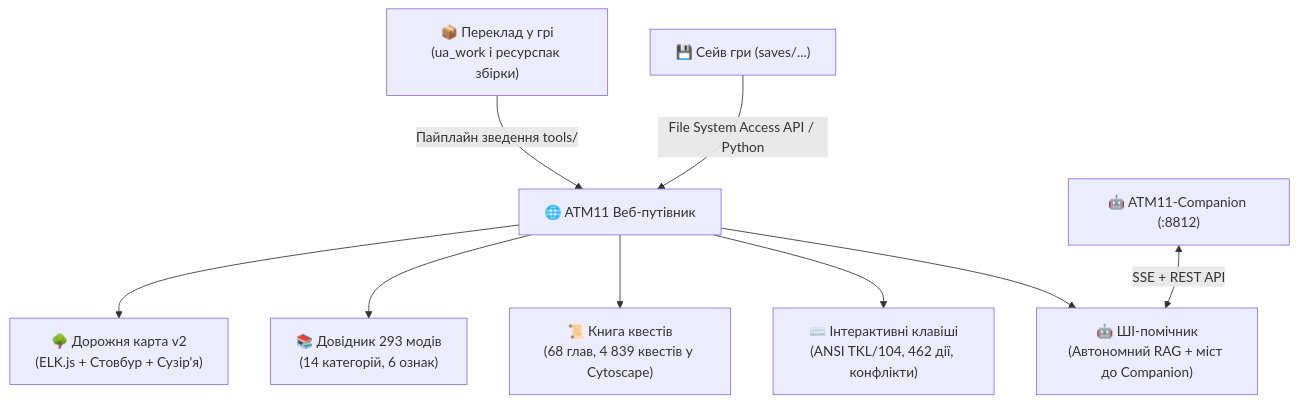
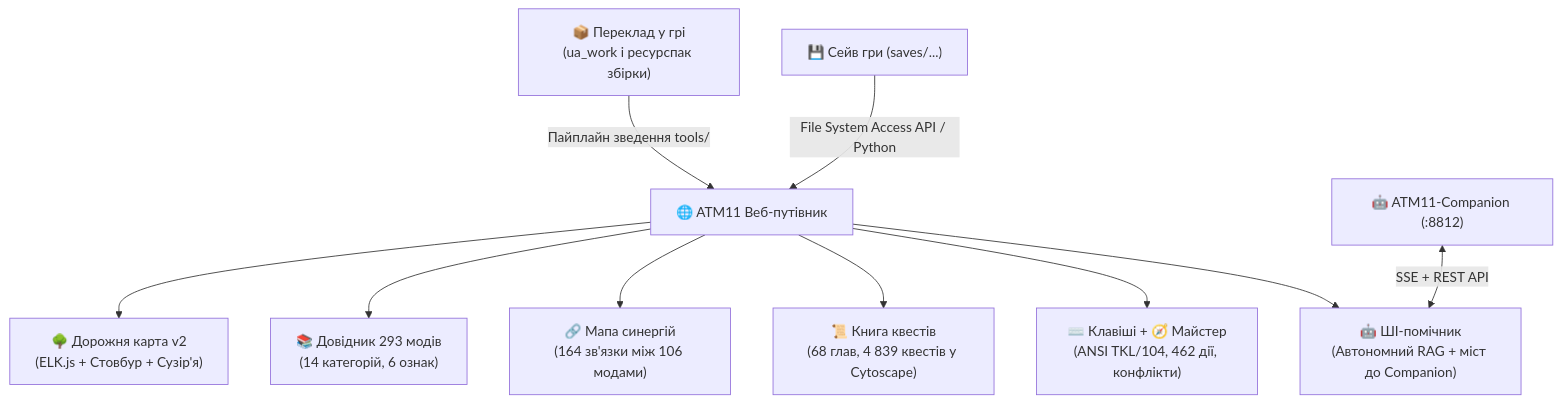
The diagram in README.md (Shchensnevych/atm11_guide), drawn with Mermaid before and after one commit. The commit also changed other lines of this file and 15 other files, not shown here.

````diff
--- a/README.md
+++ b/README.md
@@ -17,13 +17,14 @@
 ```mermaid
 flowchart TD
     Pack["📦 Переклад у грі<br/>(ua_work і ресурспак збірки)"] -->|Пайплайн зведення tools/| Guide["🌐 ATM11 Веб-путівник"]
     Save["💾 Сейв гри (saves/...)"] -->|File System Access API / Python| Guide
 
     Guide --> RM["🌳 Дорожня карта v2<br/>(ELK.js + Стовбур + Сузір'я)"]
     Guide --> MD["📚 Довідник 293 модів<br/>(14 категорій, 6 ознак)"]
+    Guide --> SY["🔗 Мапа синергій<br/>(164 зв'язки між 106 модами)"]
     Guide --> QB["📜 Книга квестів<br/>(68 глав, 4 839 квестів у Cytoscape)"]
-    Guide --> KB["⌨️ Інтерактивні клавіші<br/>(ANSI TKL/104, 462 дії, конфлікти)"]
+    Guide --> KB["⌨️ Клавіші + 🧭 Майстер<br/>(ANSI TKL/104, 462 дії, конфлікти)"]
     Guide --> AS["🤖 ШІ-помічник<br/>(Автономний RAG + міст до Companion)"]
 
     Companion["🤖 ATM11-Companion (:8812)"] <-->|SSE + REST API| AS
 ```
````
